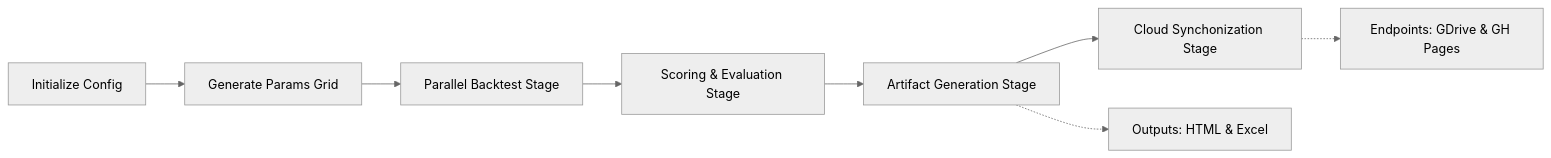
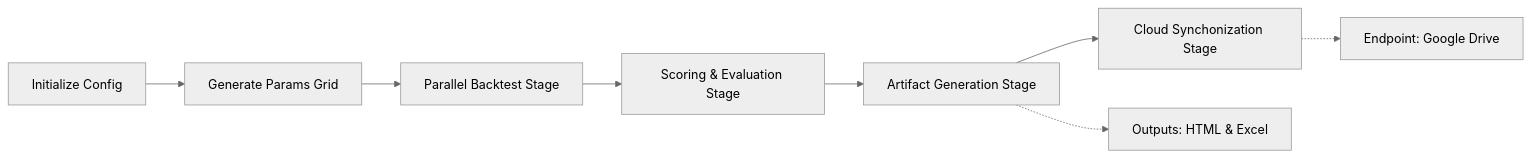
The second of 2 diagrams in README.md (Thanhnt15/GigaAlpha), drawn with Mermaid (neutral theme) before and after one commit. The commit also changed other lines of this file and 2 other files, not shown here.

Commit message:
docs: update architecture to reflect removal of GitHub Pages synchronization

````diff
--- a/README.md
+++ b/README.md
@@ -71,11 +69,11 @@
 ```mermaid
 flowchart LR
     A["Initialize Config"] --> B["Generate Params Grid"]
     B --> C["Parallel Backtest Stage"]
     C --> D["Scoring & Evaluation Stage"]
     D --> E["Artifact Generation Stage"]
     E --> F["Cloud Synchonization Stage"]
 
     E -.-> V["Outputs: HTML & Excel"]
-    F -.-> Ep["Endpoints: GDrive & GH Pages"]
+    F -.-> Ep["Endpoint: Google Drive"]
 ```
````
